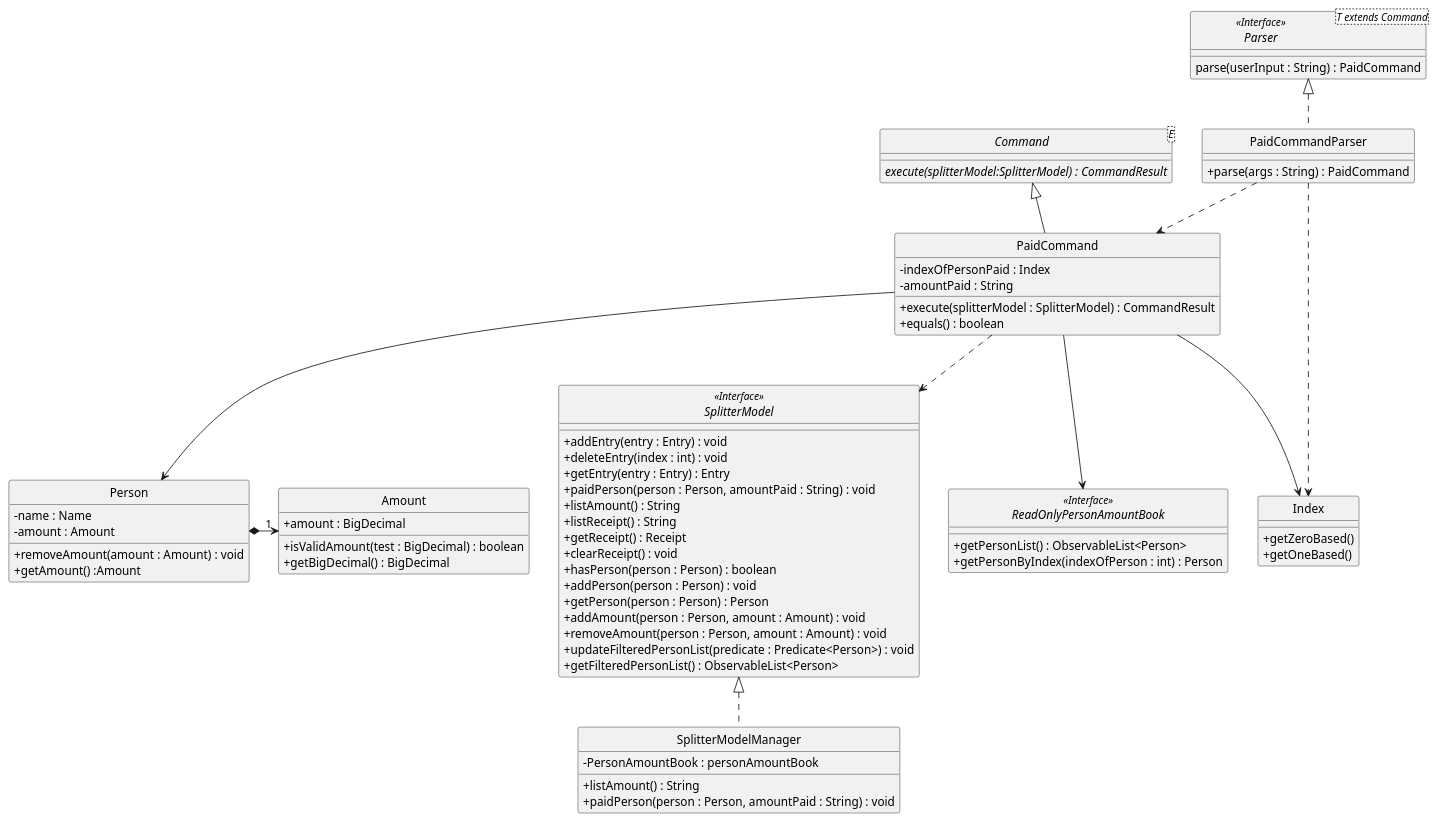
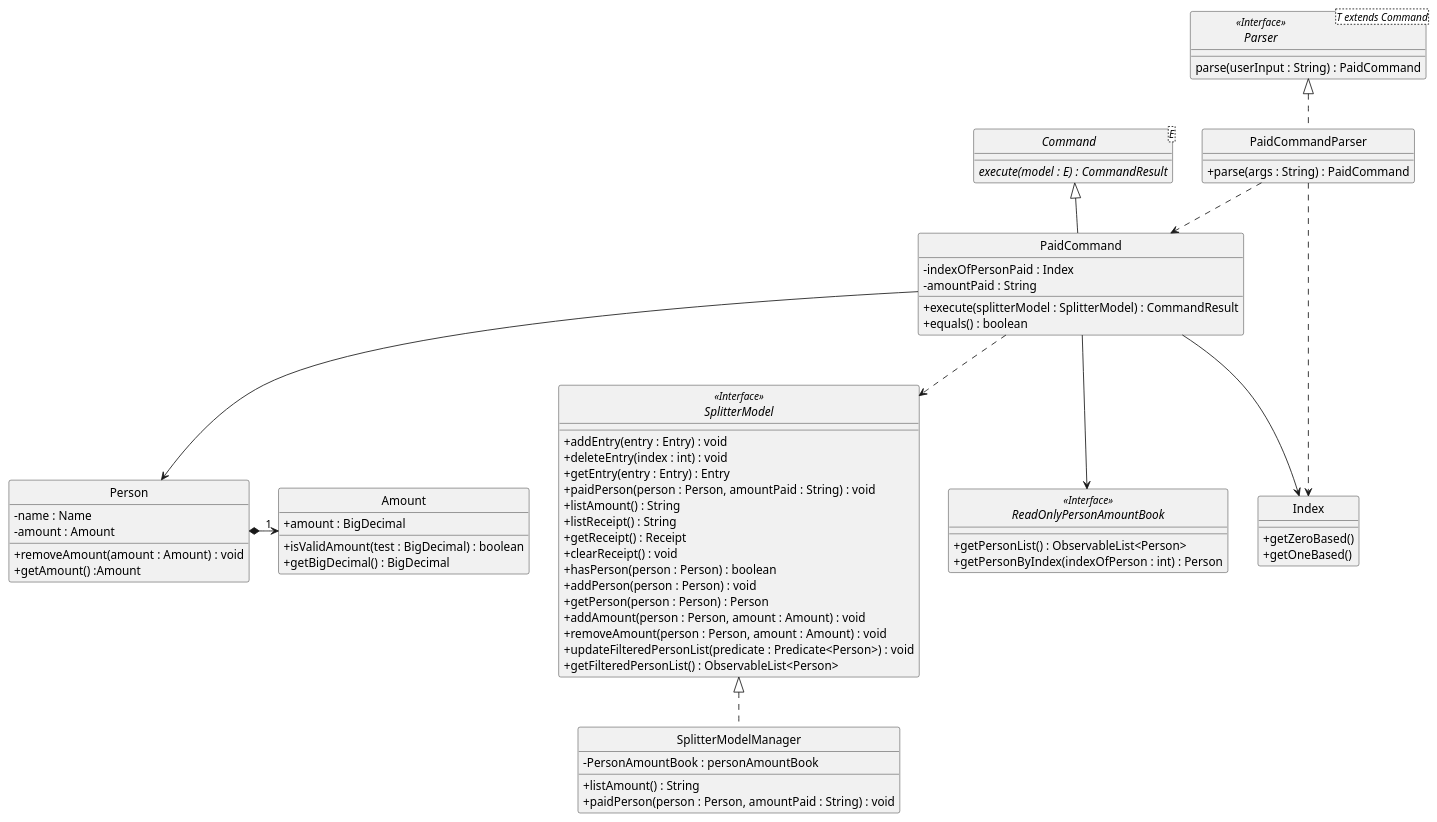
One commit to nus-cs2103-AY1920S2/addressbook-level3 changed the diagram in docs/diagrams/ExpenseSplitterPaidCommandClassDiagram.puml. Above: the diagram before and after it, drawn with PlantUML. The commit also changed 4 other files, not shown here.

```diff
--- a/docs/diagrams/ExpenseSplitterPaidCommandClassDiagram.puml
+++ b/docs/diagrams/ExpenseSplitterPaidCommandClassDiagram.puml
@@ -1,106 +1,106 @@
 @startuml
 /' @author @WillySeahh'/
 /' Got inspiration and adapted
 from https://github.com/AY1920S2-CS2103T-W12-1/main/blob/master/docs/images/DeliveredClassDiagram.png '/
 
 skinparam backgroundColor #ffffff
 skinparam classAttributeIconSize 0
 hide circle
 
 class PaidCommandParser implements Parser {
     /' Methods '/
     + parse(args : String) : PaidCommand
 }
 
 interface Parser<T extends Command> <<Interface>> {
     parse(userInput : String) : PaidCommand
 }
 
 abstract class Command <E> {
-    {abstract} execute(splitterModel:SplitterModel) : CommandResult
+    {abstract} execute(model : E) : CommandResult
 }
 
 class PaidCommand extends Command {
     /' Fields '/
     - indexOfPersonPaid : Index
     - amountPaid : String
 
     /' Methods '/
     + execute(splitterModel : SplitterModel) : CommandResult
     + equals() : boolean
 }
 
 interface SplitterModel <<Interface>> {
     + addEntry(entry : Entry) : void
     + deleteEntry(index : int) : void
     + getEntry(entry : Entry) : Entry
     + paidPerson(person : Person, amountPaid : String) : void
     + listAmount() : String
     + listReceipt() : String
     + getReceipt() : Receipt
     + clearReceipt() : void
     + hasPerson(person : Person) : boolean
     + addPerson(person : Person) : void
     + getPerson(person : Person) : Person
     + addAmount(person : Person, amount : Amount) : void
     + removeAmount(person : Person, amount : Amount) : void
     + updateFilteredPersonList(predicate : Predicate<Person>) : void
     + getFilteredPersonList() : ObservableList<Person>
 
 }
 
 class Index {
     + getZeroBased()
     + getOneBased()
 }
 
 
 
 class SplitterModelManager implements SplitterModel {
     /' Fields '/
     - PersonAmountBook : personAmountBook
 
     /' Methods '/
     + listAmount() : String
     + paidPerson(person : Person, amountPaid : String) : void
 }
 
 interface ReadOnlyPersonAmountBook <<Interface>> {
 
         + getPersonList() : ObservableList<Person>
         + getPersonByIndex(indexOfPerson : int) : Person
 
 }
 
 class Person {
      /' Fields '/
      - name : Name
      - amount : Amount
 
      /' Methods '/
      + removeAmount(amount : Amount) : void
      + getAmount() :Amount
 }
 
 class Amount{
     /' Fields '/
     + amount : BigDecimal
 
     /' Methods '/
     + isValidAmount(test : BigDecimal) : boolean
     + getBigDecimal() : BigDecimal
 }
 
 
 
 
 PaidCommandParser ..> PaidCommand
 PaidCommand ..> SplitterModel
 PaidCommandParser ..> Index
 PaidCommand --> Index
 PaidCommand --> ReadOnlyPersonAmountBook
 PaidCommand --> Person
 Person *-right->"1" Amount
 
 
 @enduml
```
